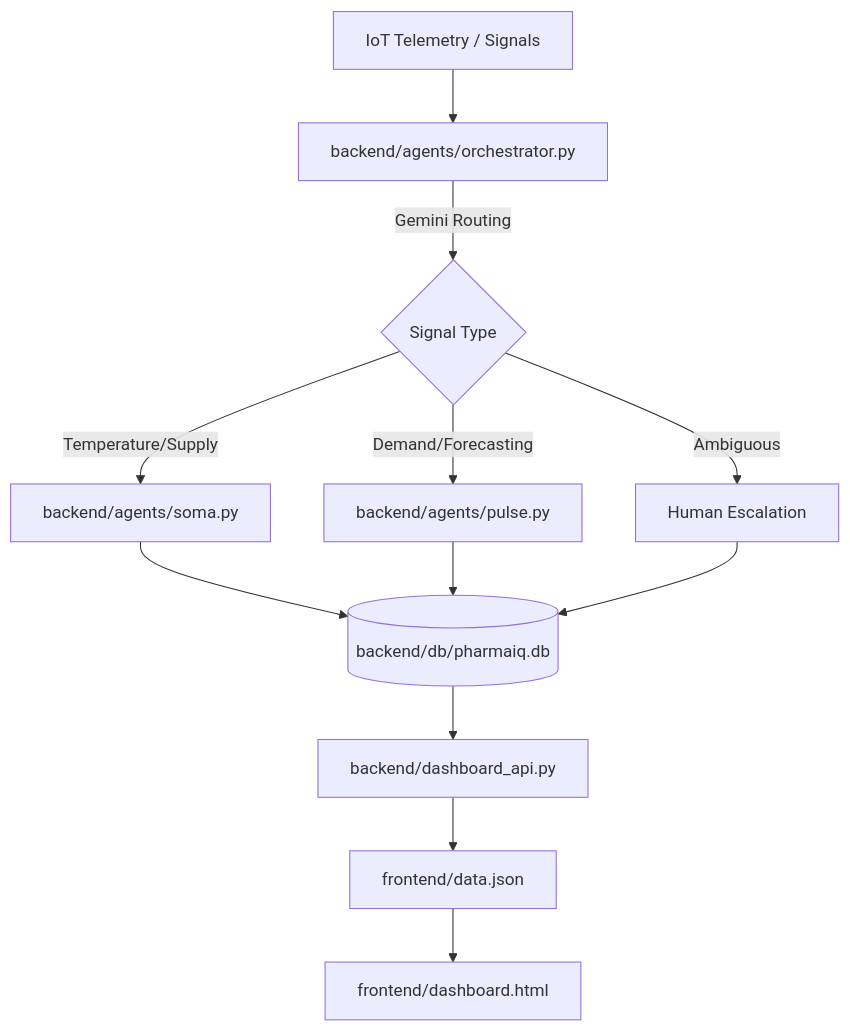
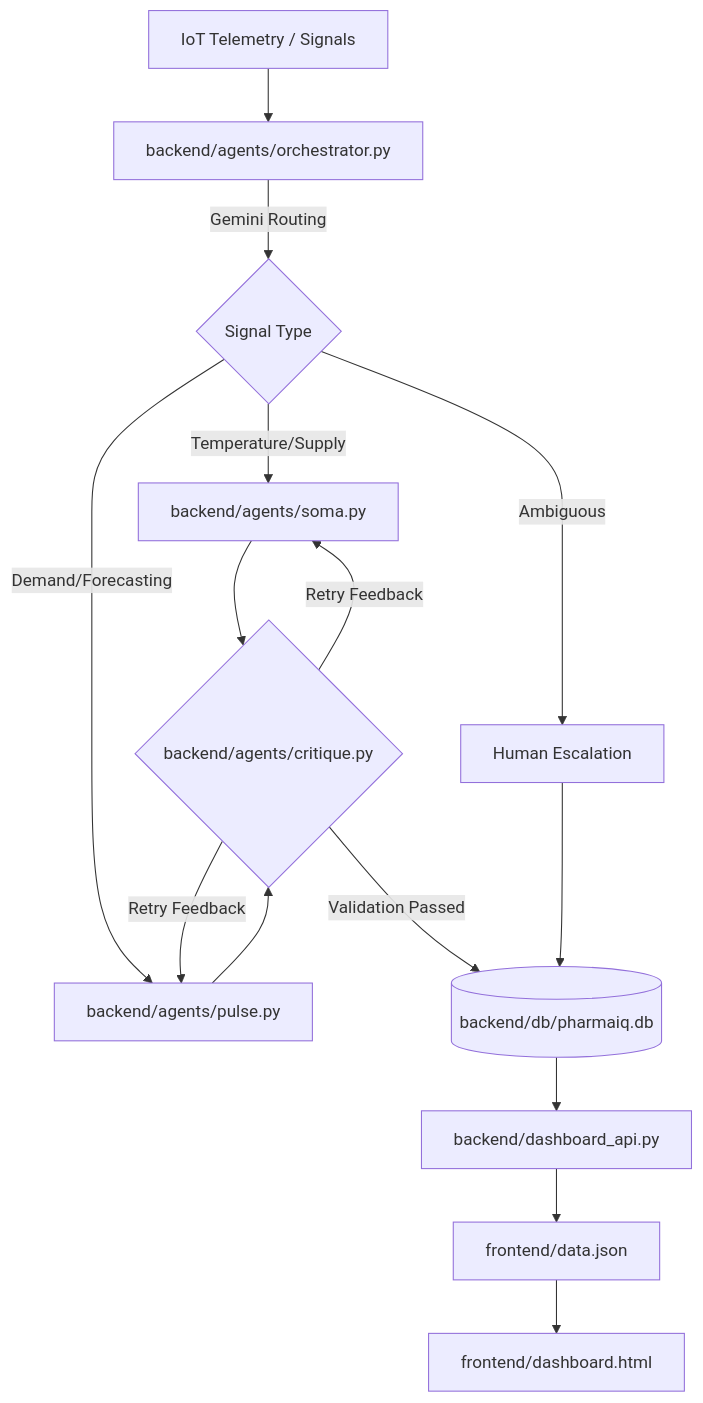
Before and after one commit to aryan2180502-beep/PharmaIQ: the diagram in README.md, drawn with Mermaid. The commit also changed other lines of this file, not shown here.

Commit message:
docs: update architecture flowchart to include Critique Agent logic

````diff
--- a/README.md
+++ b/README.md
@@ -9,16 +9,19 @@
 ```mermaid
 graph TD
     A[IoT Telemetry / Signals] --> B[backend/agents/orchestrator.py]
     B -->|Gemini Routing| C{Signal Type}
     C -->|Temperature/Supply| D[backend/agents/soma.py]
     C -->|Demand/Forecasting| E[backend/agents/pulse.py]
     C -->|Ambiguous| F[Human Escalation]
     
-    D --> G[(backend/db/pharmaiq.db)]
+    D --> G{backend/agents/critique.py}
     E --> G
-    F --> G
+    G -->|Validation Passed| H[(backend/db/pharmaiq.db)]
+    G -->|Retry Feedback| D
+    G -->|Retry Feedback| E
+    F --> H
     
-    G --> H[backend/dashboard_api.py]
-    H --> I[frontend/data.json]
-    I --> J[frontend/dashboard.html]
+    H --> I[backend/dashboard_api.py]
+    I --> J[frontend/data.json]
+    J --> K[frontend/dashboard.html]
 ```
````
